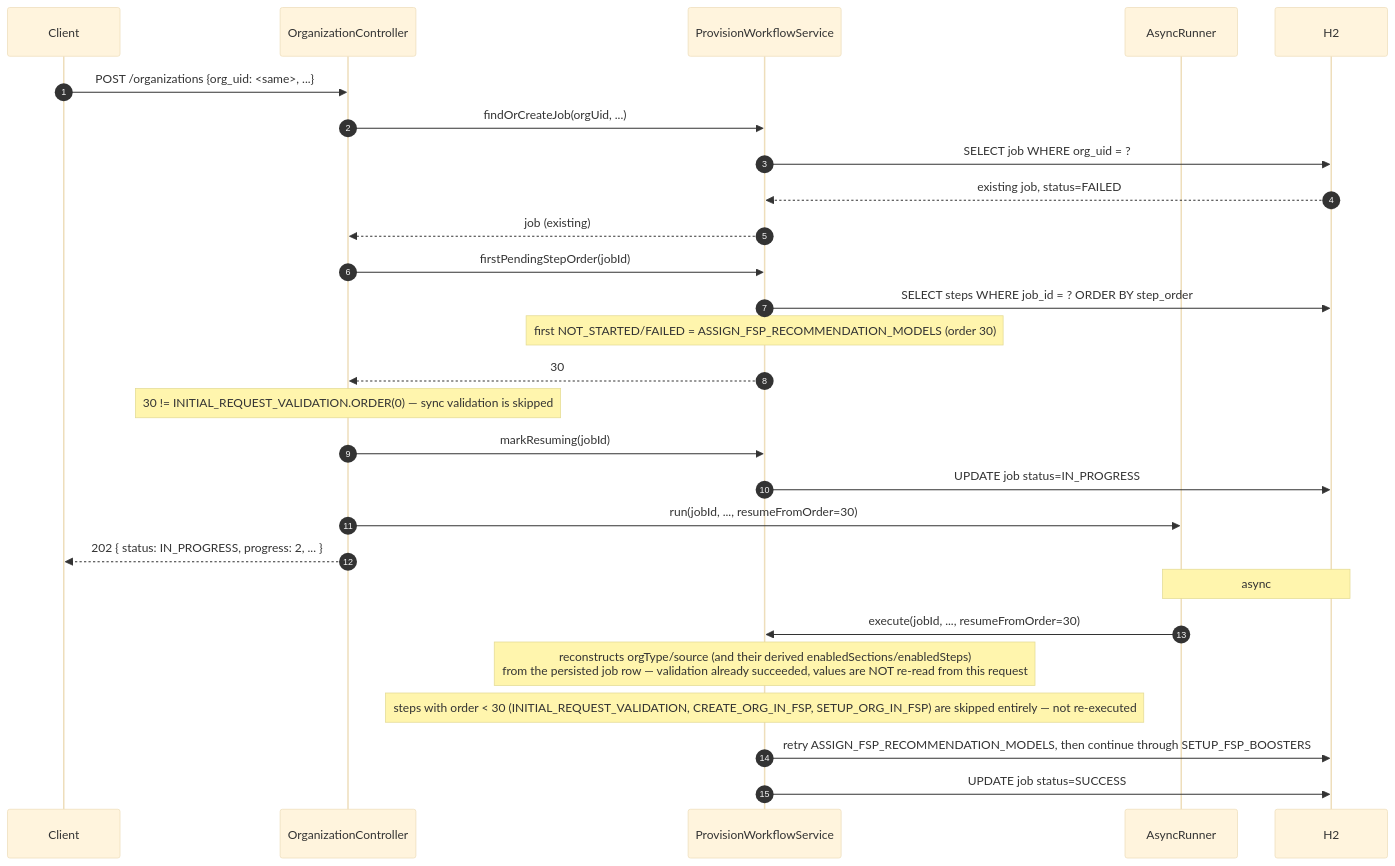
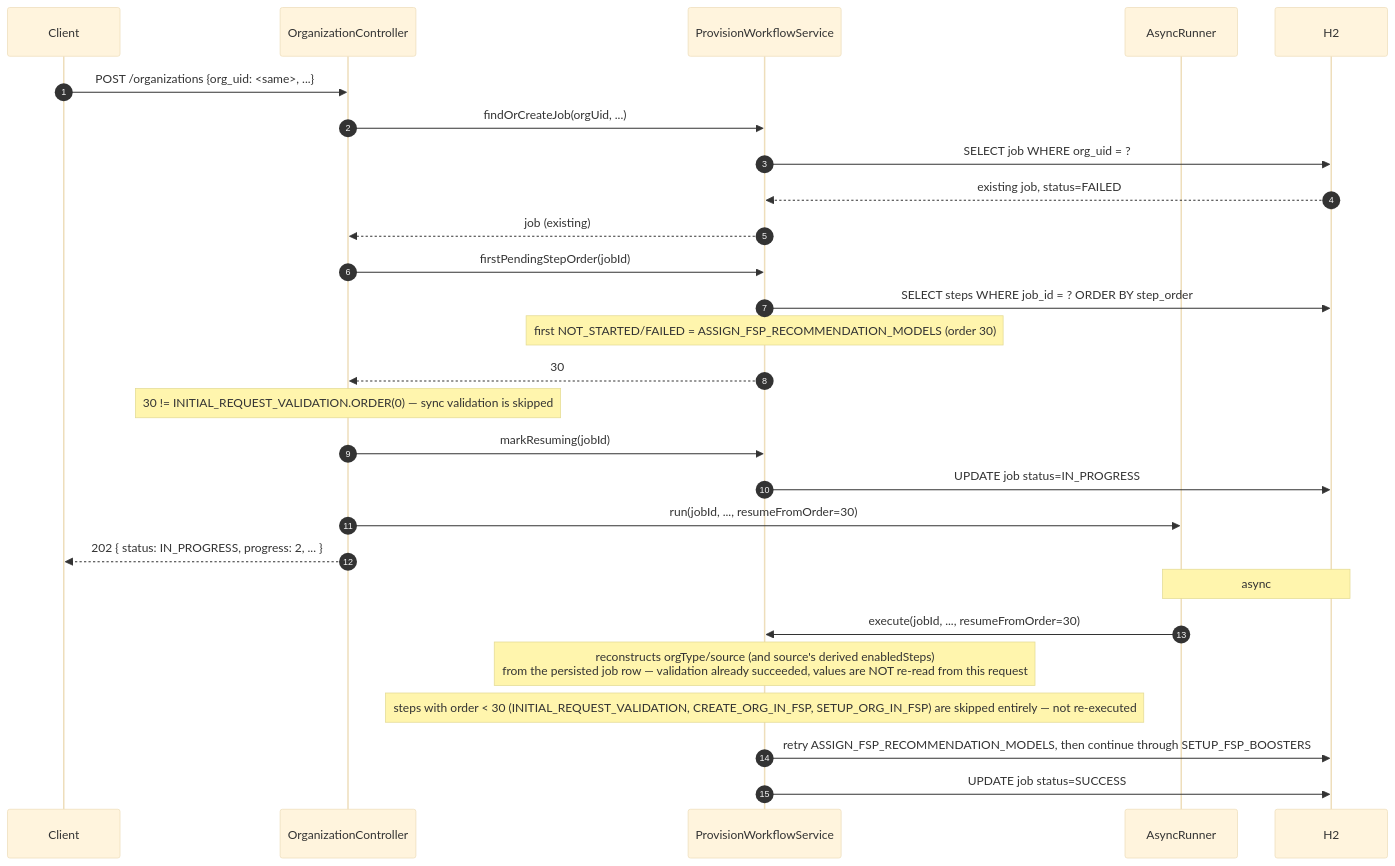
Before and after one commit to bora-arch/create-org-poc: the fifth of 9 diagrams in docs/diagrams.md, drawn with Mermaid (base theme). The commit also changed other lines of this file and 19 other files, not shown here.

````diff
--- a/docs/diagrams.md
+++ b/docs/diagrams.md
@@ -279,31 +281,31 @@
 ```mermaid
 sequenceDiagram
     autonumber
     participant Client
     participant OC as OrganizationController
     participant WS as ProvisionWorkflowService
     participant AR as AsyncRunner
     participant DB as H2
 
     Client->>OC: POST /organizations {org_uid: <same>, ...}
     OC->>WS: findOrCreateJob(orgUid, ...)
     WS->>DB: SELECT job WHERE org_uid = ?
     DB-->>WS: existing job, status=FAILED
     WS-->>OC: job (existing)
     OC->>WS: firstPendingStepOrder(jobId)
     WS->>DB: SELECT steps WHERE job_id = ? ORDER BY step_order
     Note over WS: first NOT_STARTED/FAILED = ASSIGN_FSP_RECOMMENDATION_MODELS (order 30)
     WS-->>OC: 30
     Note over OC: 30 != INITIAL_REQUEST_VALIDATION.ORDER(0) — sync validation is skipped
     OC->>WS: markResuming(jobId)
     WS->>DB: UPDATE job status=IN_PROGRESS
     OC->>AR: run(jobId, ..., resumeFromOrder=30)
     OC-->>Client: 202 { status: IN_PROGRESS, progress: 2, ... }
 
     Note over AR,DB: async
     AR->>WS: execute(jobId, ..., resumeFromOrder=30)
-    Note over WS: reconstructs orgType/source (and their derived enabledSections/enabledSteps)<br/>from the persisted job row — validation already succeeded, values are NOT re-read from this request
+    Note over WS: reconstructs orgType/source (and source's derived enabledSteps)<br/>from the persisted job row — validation already succeeded, values are NOT re-read from this request
     Note over WS: steps with order < 30 (INITIAL_REQUEST_VALIDATION, CREATE_ORG_IN_FSP, SETUP_ORG_IN_FSP) are skipped entirely — not re-executed
     WS->>DB: retry ASSIGN_FSP_RECOMMENDATION_MODELS, then continue through SETUP_FSP_BOOSTERS
     WS->>DB: UPDATE job status=SUCCESS
 ```
````
